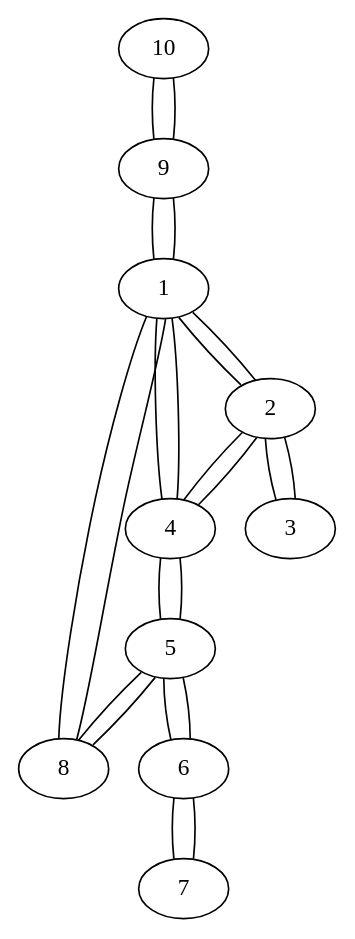
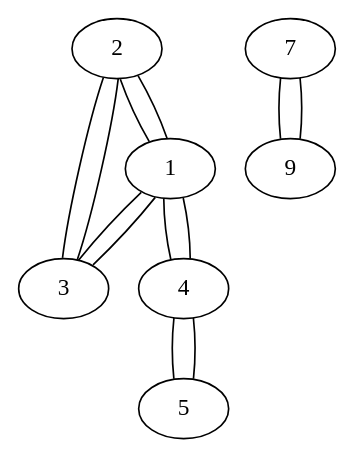
The diagram in saida.dot (RafaVargas1/TrabalhoGrafos01), drawn with Graphviz before and after one commit. The commit also changed 5 other files, not shown here.

```diff
--- a/saida.dot
+++ b/saida.dot
@@ -1,24 +1,14 @@
 graph { 
-10--9;
-9--10;
-9--1;
-7--6;
-6--7;
-6--5;
-5--8;
-5--6;
+2--1;
+2--3;
+3--2;
+3--1;
+1--2;
+1--3;
+1--4;
 5--4;
-8--5;
-8--1;
+4--1;
 4--5;
-4--2;
-4--1;
-3--2;
-2--4;
-2--3;
-2--1;
-1--9;
-1--8;
-1--4;
-1--2;
+7--9;
+9--7;
 }
```
